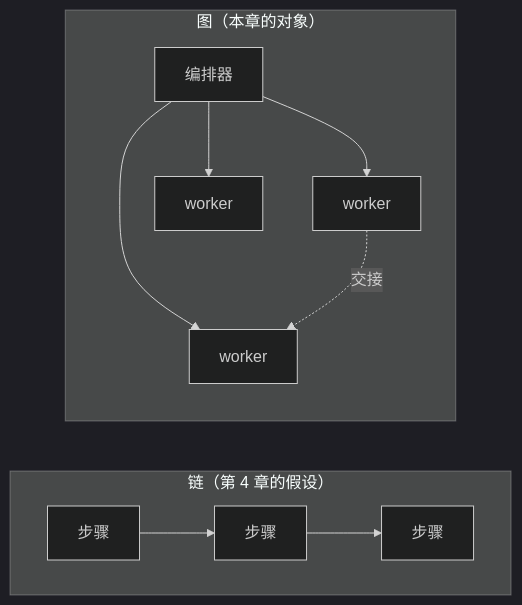
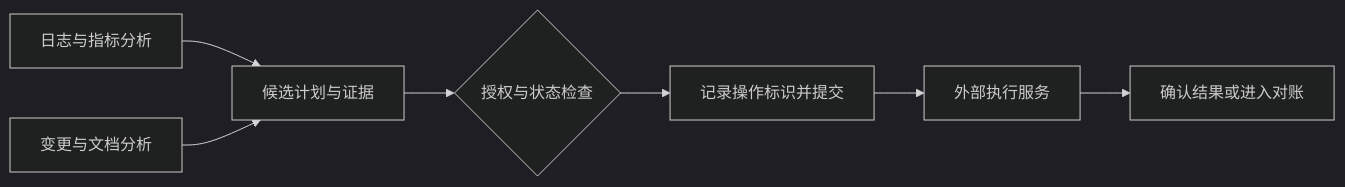
Before and after one commit to oh-my-vibe-coding/ai-reliability-architecture: the diagram in 知识/从链到图-多智能体系统的可靠性.md, drawn with Mermaid (dark theme). The commit also changed other lines of this file and 67 other files, not shown here.

````diff
--- a/知识/从链到图-多智能体系统的可靠性.md
+++ b/知识/从链到图-多智能体系统的可靠性.md
@@ -29,14 +82,9 @@
 ```mermaid
 flowchart LR
-    subgraph 链["链（第 4 章的假设）"]
-        direction LR
-        S1[步骤] --> S2[步骤] --> S3[步骤]
-    end
-    subgraph 图["图（本章的对象）"]
-        direction TB
-        O[编排器] --> W1[worker]
-        O --> W2[worker]
-        O --> W3[worker]
-        W1 -.交接.-> W2
-    end
+    W1[日志与指标分析] --> P[候选计划与证据]
+    W2[变更与文档分析] --> P
+    P --> G{授权与状态检查}
+    G --> C[记录操作标识并提交]
+    C --> T[外部执行服务]
+    T --> R[确认结果或进入对账]
 ```
````
